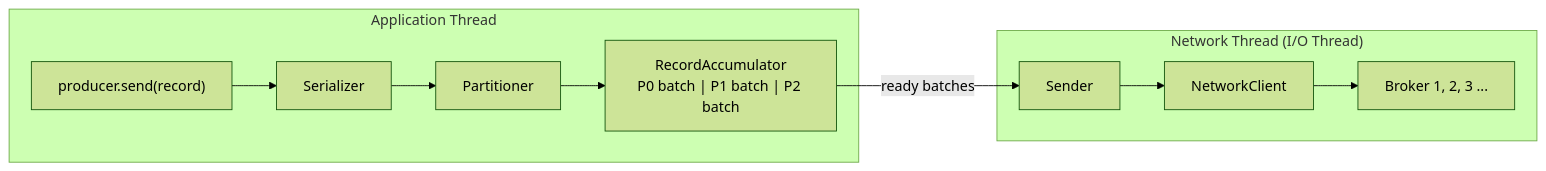
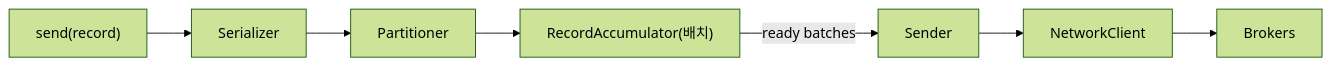
Before and after one commit to yjkim2015/yjkim2015.github.io: the first of 21 diagrams in _posts/kafka/2026-05-01-kafka-internals.md, drawn with Mermaid (forest theme). The commit also changed other lines of this file and 215 other files, not shown here.

First line of the commit message:
신규 포스트 10개 추가 + Mermaid 전면 축소 + SystemDesign 시리즈 보강

````diff
--- a/_posts/kafka/2026-05-01-kafka-internals.md
+++ b/_posts/kafka/2026-05-01-kafka-internals.md
@@ -18,17 +18,7 @@
 ```mermaid
 graph LR
-    subgraph app["Application Thread"]
-        SEND["producer.send(record)"]
-        SER["Serializer"]
-        PART["Partitioner"]
-        ACC["RecordAccumulator\nP0 batch | P1 batch | P2 batch"]
-        SEND --> SER --> PART --> ACC
-    end
-    subgraph net["Network Thread (I/O Thread)"]
-        SENDER["Sender"]
-        NC["NetworkClient"]
-        BROKERS["Broker 1, 2, 3 ..."]
-        SENDER --> NC --> BROKERS
-    end
-    ACC -->|"ready batches"| SENDER
+    SEND["send(record)"] --> SER["Serializer"] --> PART["Partitioner"]
+    PART --> ACC["RecordAccumulator(배치)"]
+    ACC -->|"ready batches"| SENDER["Sender"]
+    SENDER --> NC["NetworkClient"] --> BROKERS["Brokers"]
 ```
````
